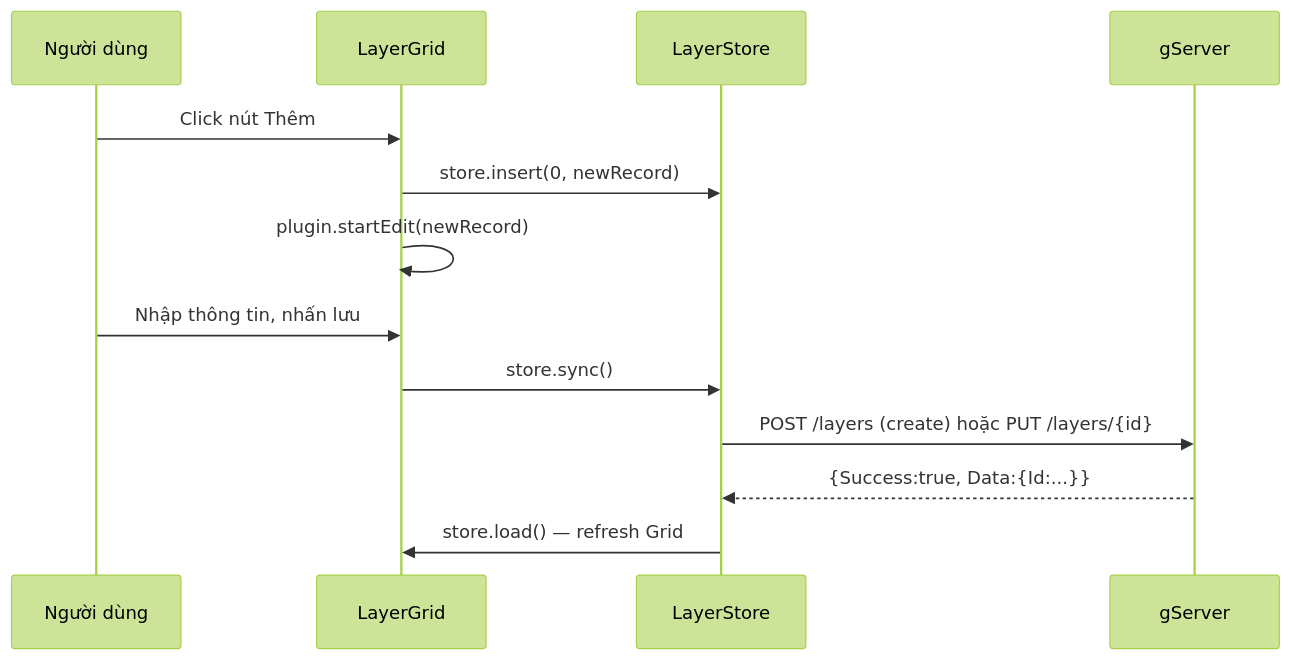
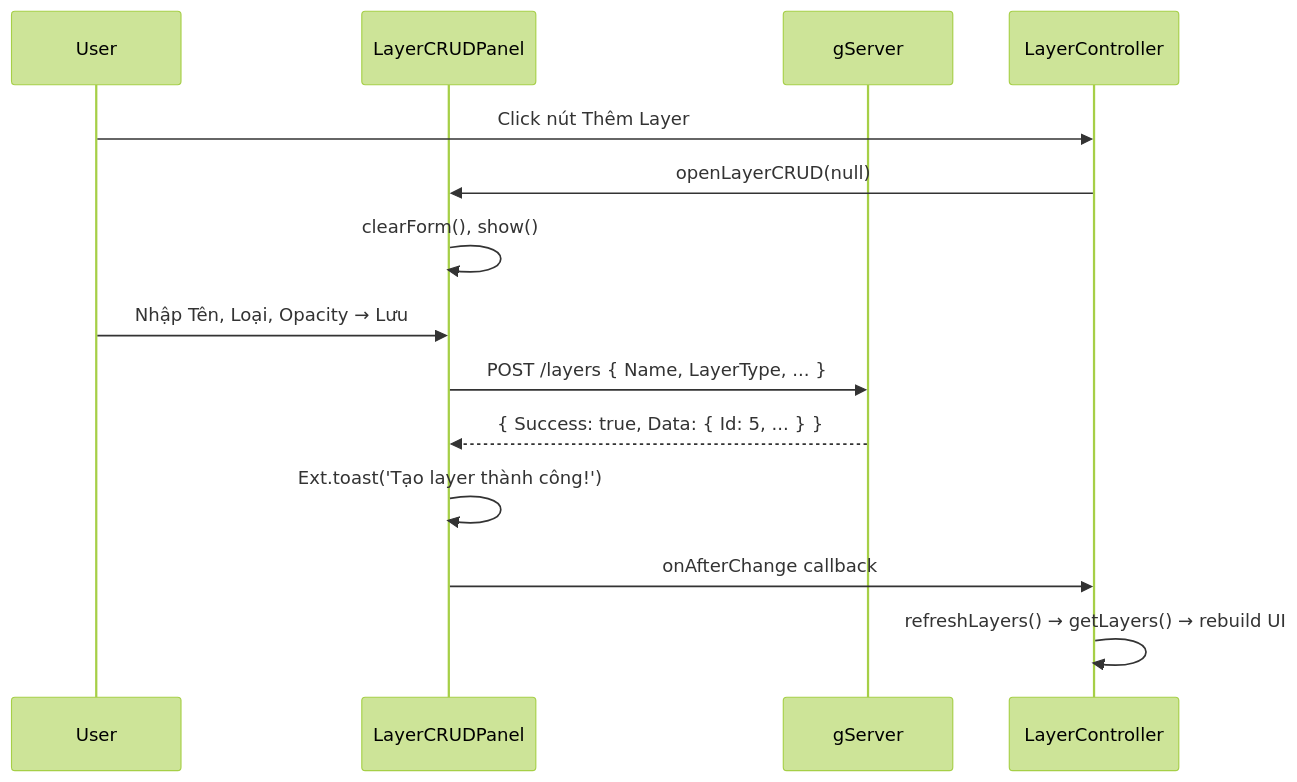
One commit to giangvanhung/gServer_0.0.1 changed the sixth of 6 diagrams in gServer_Introduction/docs/dataflow.md. Above: the diagram before and after it, drawn with Mermaid (forest theme). The commit also changed other lines of this file and 14 other files, not shown here.

````diff
--- a/gServer_Introduction/docs/dataflow.md
+++ b/gServer_Introduction/docs/dataflow.md
@@ -57,16 +163,18 @@
 ```mermaid
 sequenceDiagram
-    participant U as Người dùng
-    participant G as LayerGrid
-    participant S as LayerStore
-    participant WCF as gServer
+    participant U as User
+    participant LCP as LayerCRUDPanel
+    participant API as gServer
+    participant LC as LayerController
 
-    U->>G: Click nút Thêm
-    G->>S: store.insert(0, newRecord)
-    G->>G: plugin.startEdit(newRecord)
-    U->>G: Nhập thông tin, nhấn lưu
-    G->>S: store.sync()
-    S->>WCF: POST /layers (create) hoặc PUT /layers/{id}
-    WCF-->>S: {Success:true, Data:{Id:...}}
-    S->>G: store.load() — refresh Grid
+    U->>LC: Click nút Thêm Layer
+    LC->>LCP: openLayerCRUD(null)
+    LCP->>LCP: clearForm(), show()
+
+    U->>LCP: Nhập Tên, Loại, Opacity → Lưu
+    LCP->>API: POST /layers { Name, LayerType, ... }
+    API-->>LCP: { Success: true, Data: { Id: 5, ... } }
+    LCP->>LCP: Ext.toast('Tạo layer thành công!')
+    LCP->>LC: onAfterChange callback
+    LC->>LC: refreshLayers() → getLayers() → rebuild UI
 ```
````
